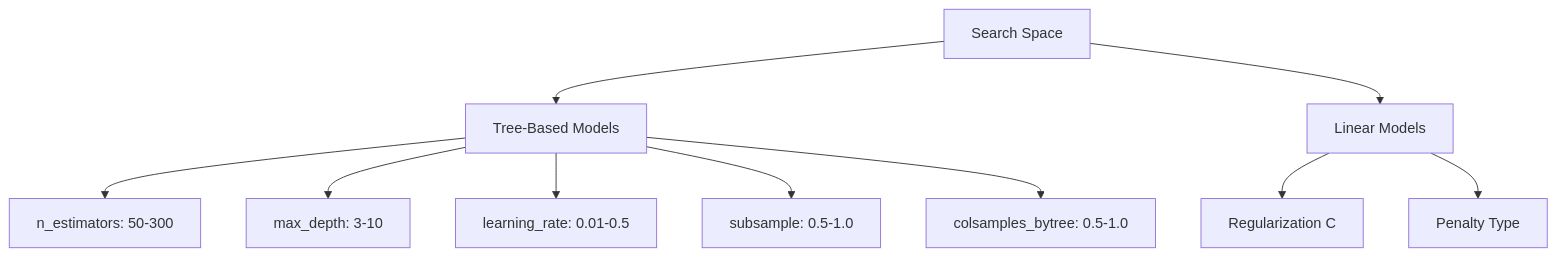
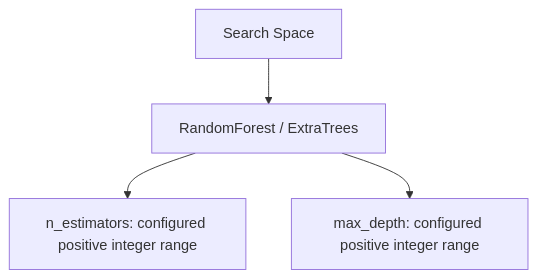
The second of 6 diagrams in plans/05-Model/03-Hyperparameter-Optimization/01-hyperparameter-search.md (Evintkoo/2048-ml), drawn with Mermaid before and after one commit. The commit also changed other lines of this file and 67 other files, not shown here.

````diff
--- a/plans/05-Model/03-Hyperparameter-Optimization/01-hyperparameter-search.md
+++ b/plans/05-Model/03-Hyperparameter-Optimization/01-hyperparameter-search.md
@@ -46,15 +44,7 @@
 ```mermaid
 flowchart TD
     Space[Search Space]
-    Space --> Tree[Tree-Based Models]
-    Space --> Linear[Linear Models]
-    
-    Tree --> NEstimators[n_estimators: 50-300]
-    Tree --> MaxDepth[max_depth: 3-10]
-    Tree --> LR[learning_rate: 0.01-0.5]
-    Tree --> Subsample[subsample: 0.5-1.0]
-    Tree --> Colsample[colsamples_bytree: 0.5-1.0]
-    
-    Linear --> C[Regularization C]
-    Linear --> Penalty[Penalty Type]
+    Space --> Supported[RandomForest / ExtraTrees]
+    Supported --> NEstimators[n_estimators: configured positive integer range]
+    Supported --> MaxDepth[max_depth: configured positive integer range]
 ```
````
